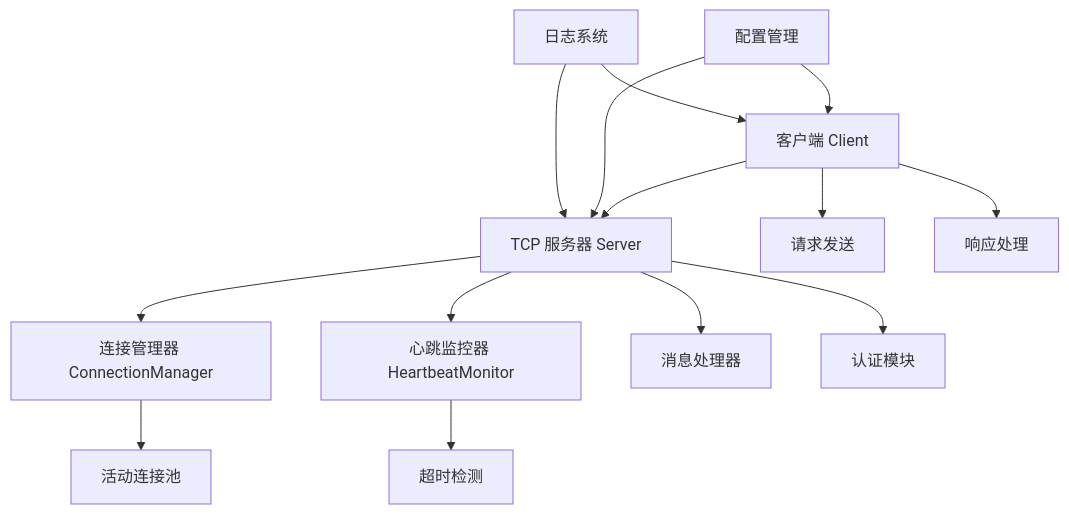
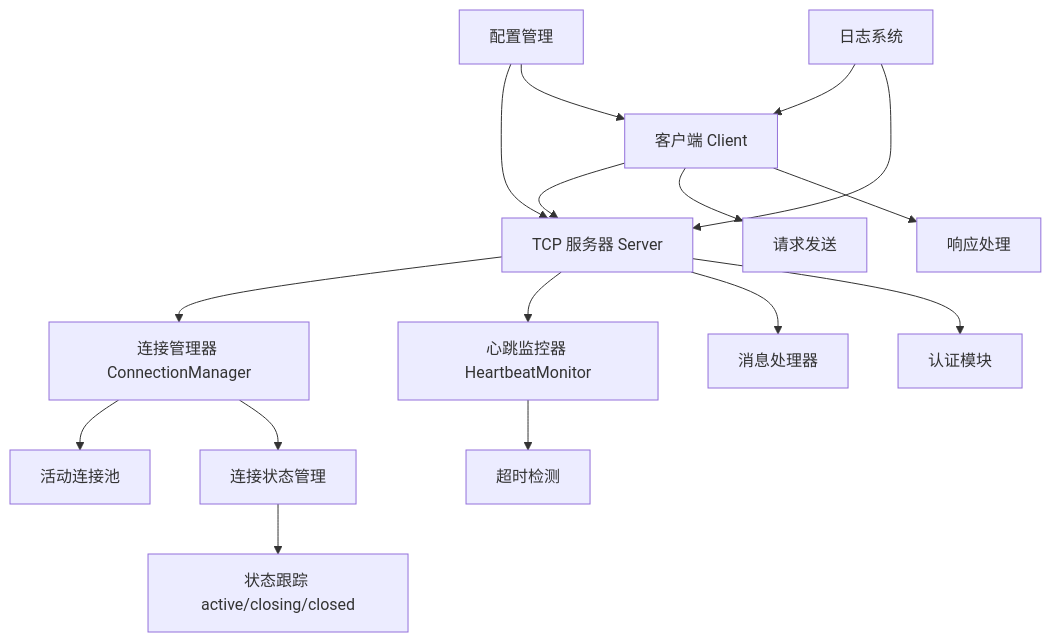
One commit to ProgrammerChengPei/pytest-learn-multi-test-categories changed the first of 6 diagrams in docs/架构设计.md. Above: the diagram before and after it, drawn with Mermaid. The commit also changed other lines of this file and 3 other files, not shown here.

````diff
--- a/docs/架构设计.md
+++ b/docs/架构设计.md
@@ -11,20 +11,23 @@
 ```mermaid
 graph TB
     A[客户端 Client] --> B[TCP 服务器 Server]
     B --> C[连接管理器 ConnectionManager]
     B --> D[心跳监控器 HeartbeatMonitor]
     C --> E[活动连接池]
     D --> F[超时检测]
     
     G[配置管理] --> B
     G --> A
     
     H[日志系统] --> A
     H --> B
     
     A --> I[请求发送]
     A --> J[响应处理]
     
     B --> K[消息处理器]
     B --> L[认证模块]
+    
+    C --> M[连接状态管理]
+    M --> N[状态跟踪 active/closing/closed]
 ```
````
